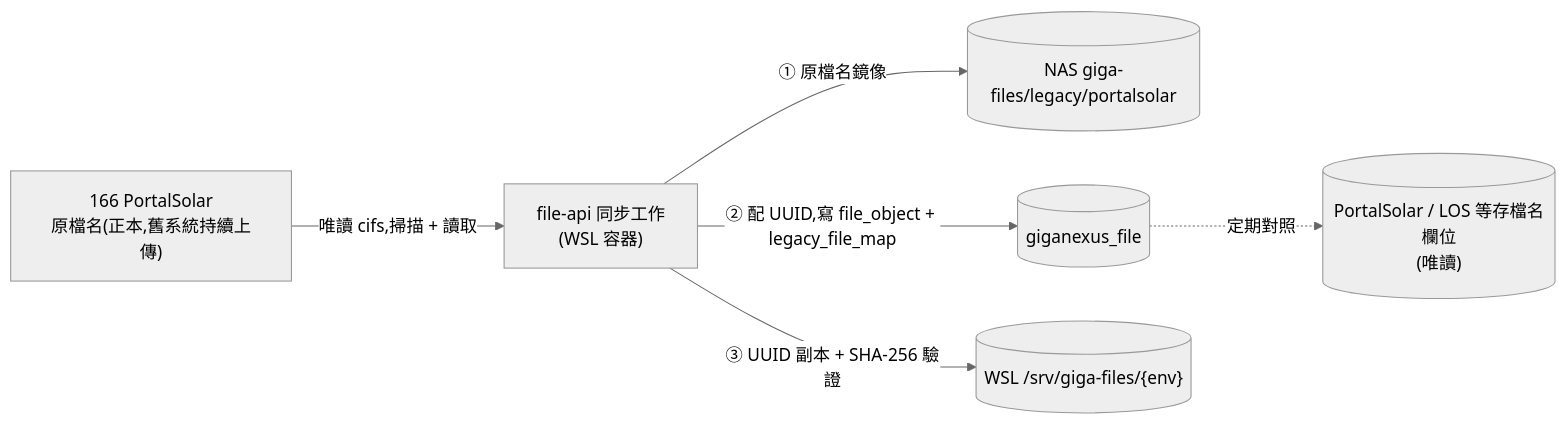
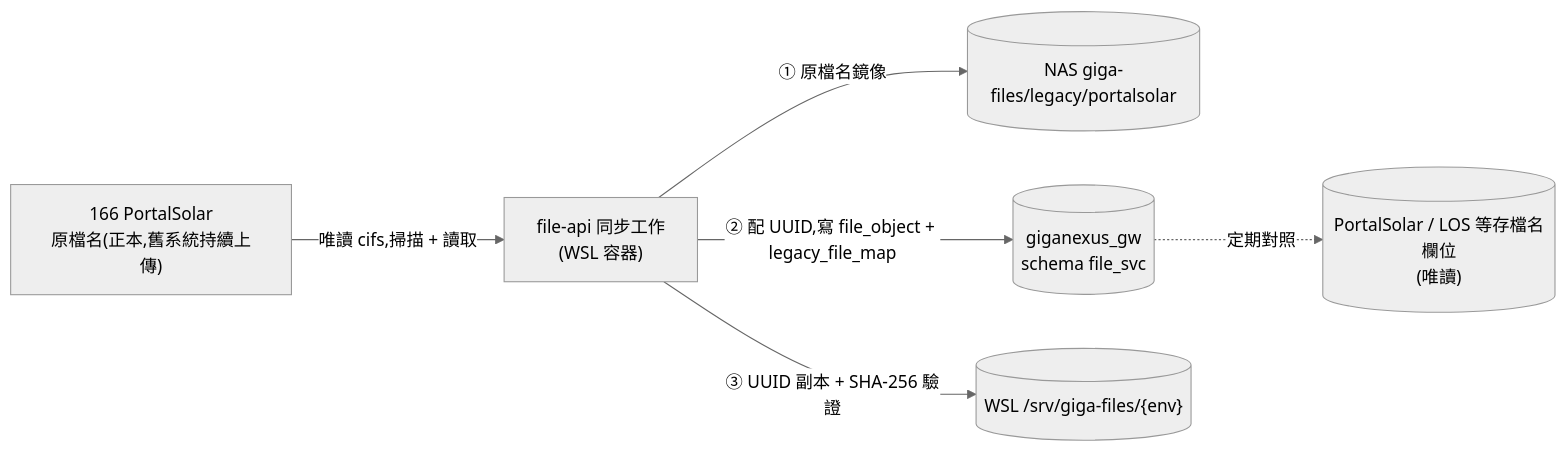
Before and after one commit to WeiWeicode/giga-file-service: the diagram in docs/MIGRATION.md, drawn with Mermaid (neutral theme). The commit also changed other lines of this file and 12 other files, not shown here.

First line of the commit message:
docs: D7 改用 giganexus_gw 獨立 schema file_svc(不另建資料庫)、D17 資料存取用 Drizzle ORM;修正 BPMbackend 路徑

````diff
--- a/docs/MIGRATION.md
+++ b/docs/MIGRATION.md
@@ -47,8 +47,8 @@
 ```mermaid
 flowchart LR
     P["166 PortalSolar<br/>原檔名(正本,舊系統持續上傳)"] -->|"唯讀 cifs,掃描 + 讀取"| W["file-api 同步工作<br/>(WSL 容器)"]
     W -->|"① 原檔名鏡像"| N[("NAS giga-files/legacy/portalsolar")]
-    W -->|"② 配 UUID,寫 file_object + legacy_file_map"| D[("giganexus_file")]
+    W -->|"② 配 UUID,寫 file_object + legacy_file_map"| D[("giganexus_gw<br/>schema file_svc")]
     W -->|"③ UUID 副本 + SHA-256 驗證"| V[("WSL /srv/giga-files/{env}")]
     D -.->|"定期對照"| Q[("PortalSolar / LOS 等存檔名欄位<br/>(唯讀)")]
 ```
````
